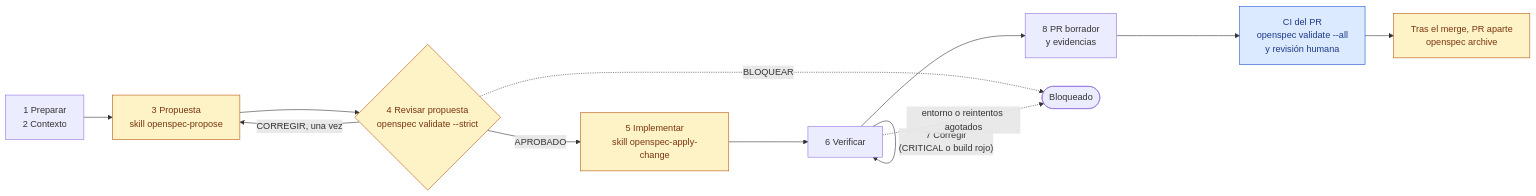
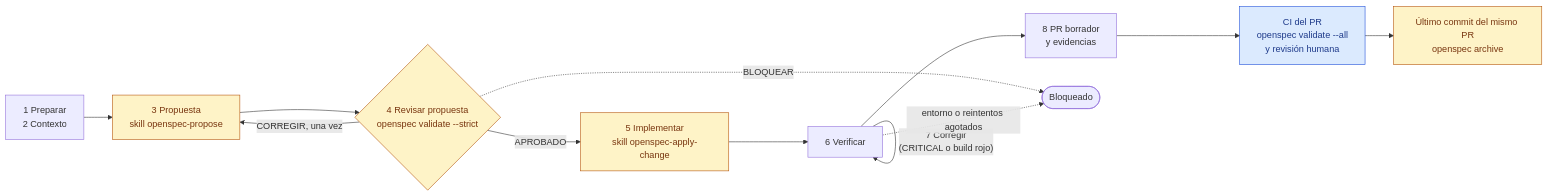
One commit to CristhianArce/procesos-modernos-software changed the diagram in docs/flujo-orquestador.md. Above: the diagram before and after it, drawn with Mermaid. The commit also changed other lines of this file and 1 other file, not shown here.

Commit message:
docs: el change se archiva como último commit del mismo PR

````diff
--- a/docs/flujo-orquestador.md
+++ b/docs/flujo-orquestador.md
@@ -18,20 +18,20 @@
 ```mermaid
 flowchart LR
     S12["1 Preparar<br/>2 Contexto"] --> S3["3 Propuesta<br/>skill openspec-propose"]
     S3 --> REV{"4 Revisar propuesta<br/>openspec validate --strict"}
     REV -->|CORREGIR, una vez| S3
     REV -->|APROBADO| S5["5 Implementar<br/>skill openspec-apply-change"]
     S5 --> V6["6 Verificar"]
     V6 -->|"7 Corregir<br/>(CRITICAL o build rojo)"| V6
     V6 --> S8["8 PR borrador<br/>y evidencias"]
     S8 --> CI["CI del PR<br/>openspec validate --all<br/>y revisión humana"]
-    CI --> ARC["Tras el merge, PR aparte<br/>openspec archive"]
+    CI --> ARC["Último commit del mismo PR<br/>openspec archive"]
 
     REV -.->|BLOQUEAR| BLOQ(["Bloqueado"])
     V6 -.->|entorno o reintentos agotados| BLOQ
 
     classDef openspec fill:#fef3c7,stroke:#b45309,color:#78350f
     classDef gha fill:#dbeafe,stroke:#1d4ed8,color:#1e3a8a
     class S3,REV,S5,ARC openspec
     class CI gha
 ```
````
